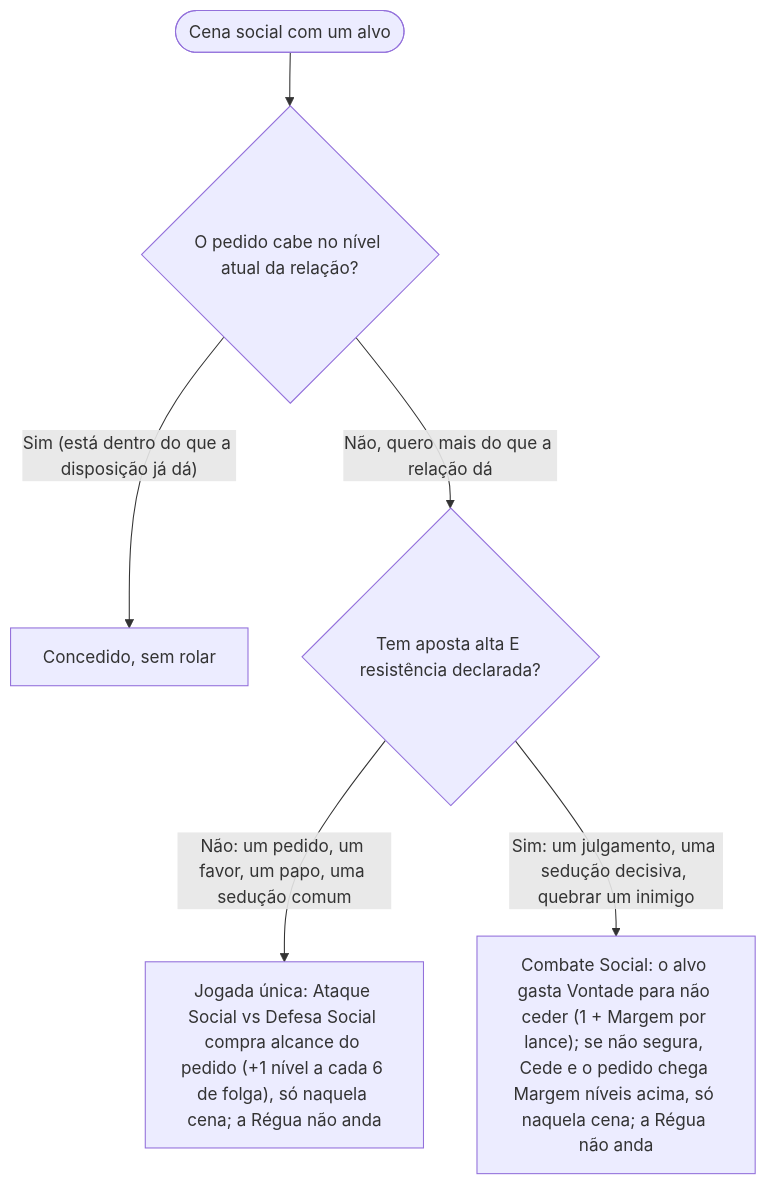
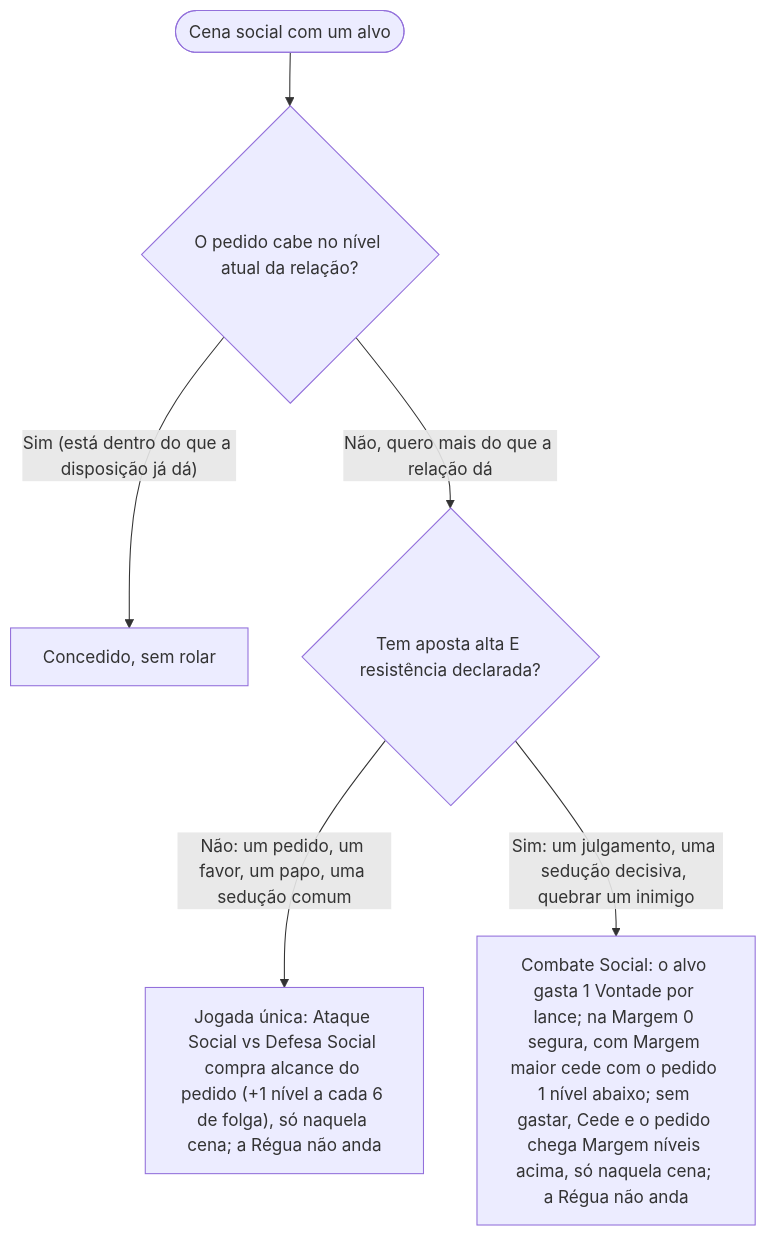
Before and after one commit to f-neves/centelha-rpg: the fourth of 6 diagrams in src/content/chapters/qual-sistema.md, drawn with Mermaid. The commit also changed 9 other files, not shown here.

````diff
--- a/src/content/chapters/qual-sistema.md
+++ b/src/content/chapters/qual-sistema.md
@@ -69,8 +69,8 @@
 ```mermaid
 flowchart TD
   R(["Cena social com um alvo"]) --> R1{"O pedido cabe no nível atual da relação?"}
   R1 -->|"Sim (está dentro do que a disposição já dá)"| RFree["Concedido, sem rolar"]
   R1 -->|"Não, quero mais do que a relação dá"| R2{"Tem aposta alta E resistência declarada?"}
   R2 -->|"Não: um pedido, um favor, um papo, uma sedução comum"| RJ["Jogada única: Ataque Social vs Defesa Social compra alcance do pedido (+1 nível a cada 6 de folga), só naquela cena; a Régua não anda"]
-  R2 -->|"Sim: um julgamento, uma sedução decisiva, quebrar um inimigo"| RC["Combate Social: o alvo gasta Vontade para não ceder (1 + Margem por lance); se não segura, Cede e o pedido chega Margem níveis acima, só naquela cena; a Régua não anda"]
+  R2 -->|"Sim: um julgamento, uma sedução decisiva, quebrar um inimigo"| RC["Combate Social: o alvo gasta 1 Vontade por lance; na Margem 0 segura, com Margem maior cede com o pedido 1 nível abaixo; sem gastar, Cede e o pedido chega Margem níveis acima, só naquela cena; a Régua não anda"]
 ```
````
